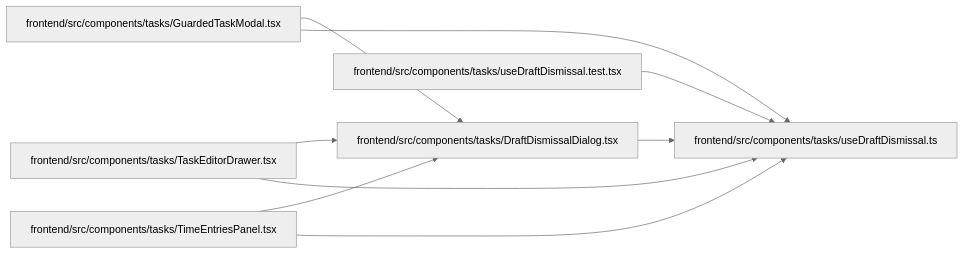
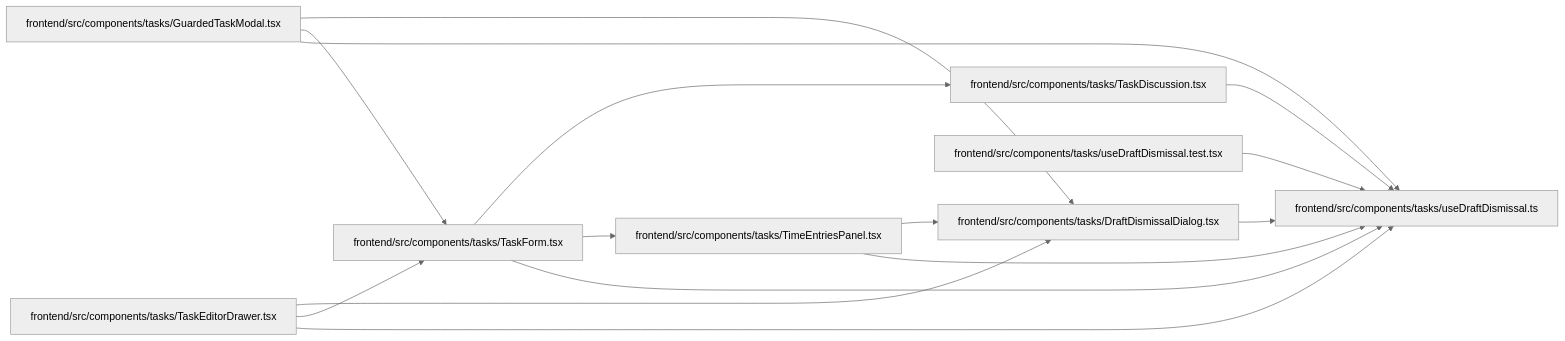
The diagram in docs/llm_wiki/modules/useDraftDismissal.md (Denissvgn/WorkChord), drawn with Mermaid (neutral theme) before and after one commit. The commit also changed other lines of this file and 377 other files, not shown here.

````diff
--- a/docs/llm_wiki/modules/useDraftDismissal.md
+++ b/docs/llm_wiki/modules/useDraftDismissal.md
@@ -26,23 +24,33 @@
 ```mermaid
 flowchart LR
     n0["frontend/src/components/tasks/DraftDismissalDialog.tsx"]
     n1["frontend/src/components/tasks/GuardedTaskModal.tsx"]
-    n2["frontend/src/components/tasks/TaskEditorDrawer.tsx"]
-    n3["frontend/src/components/tasks/TimeEntriesPanel.tsx"]
-    n4["frontend/src/components/tasks/useDraftDismissal.test.tsx"]
-    n5["frontend/src/components/tasks/useDraftDismissal.ts"]
-    n0 --> n5
+    n2["frontend/src/components/tasks/TaskDiscussion.tsx"]
+    n3["frontend/src/components/tasks/TaskEditorDrawer.tsx"]
+    n4["frontend/src/components/tasks/TaskForm.tsx"]
+    n5["frontend/src/components/tasks/TimeEntriesPanel.tsx"]
+    n6["frontend/src/components/tasks/useDraftDismissal.test.tsx"]
+    n7["frontend/src/components/tasks/useDraftDismissal.ts"]
+    n0 --> n7
     n1 --> n0
-    n1 --> n5
-    n2 --> n0
-    n2 --> n5
+    n1 --> n4
+    n1 --> n7
+    n2 --> n7
     n3 --> n0
-    n3 --> n5
+    n3 --> n4
+    n3 --> n7
+    n4 --> n2
     n4 --> n5
+    n4 --> n7
+    n5 --> n0
+    n5 --> n7
+    n6 --> n7
     click n0 "../modules/DraftDismissalDialog.md"
     click n1 "../modules/GuardedTaskModal.md"
-    click n2 "../modules/TaskEditorDrawer.md"
-    click n3 "../modules/TimeEntriesPanel.md"
-    click n4 "../modules/useDraftDismissal.test.md"
-    click n5 "../modules/useDraftDismissal.md"
+    click n2 "../modules/TaskDiscussion.md"
+    click n3 "../modules/TaskEditorDrawer.md"
+    click n4 "../modules/TaskForm.md"
+    click n5 "../modules/TimeEntriesPanel.md"
+    click n6 "../modules/useDraftDismissal.test.md"
+    click n7 "../modules/useDraftDismissal.md"
 ```
````
